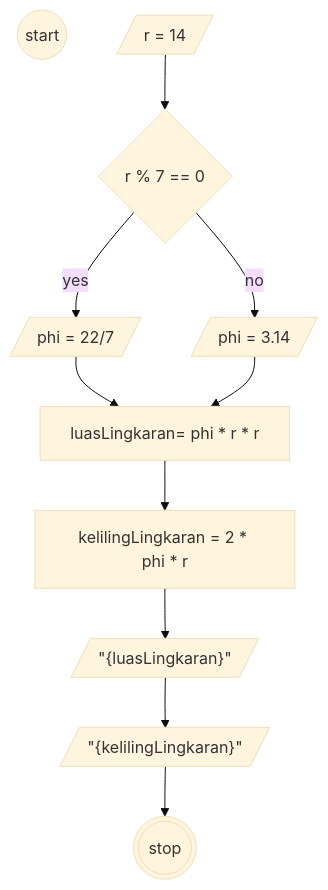
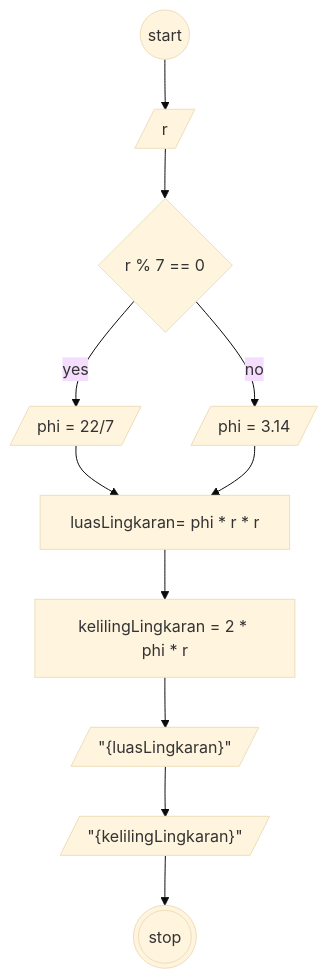
Before and after one commit to muhammadfajarr30/koda-b8-javascript1: the diagram in readme.md, drawn with Mermaid (base theme).

````diff
--- a/readme.md
+++ b/readme.md
@@ -7,24 +7,24 @@
 ```mermaid
 flowchart TD
 start@{shape: circle, label:"start" }
-a@{shape: lean-r, label: "r = 14" }
+a@{shape: lean-r, label: "r" }
 phi1@{shape: lean-r, label: "phi = 22/7" }
 c@{shape: rect, label: "luasLingkaran= phi * r * r" }
 d@{shape: rect, label: "kelilingLingkaran = 2 * phi * r"}
 e@{shape: lean-r, label: '"{luasLingkaran}"' }
 f@{shape: lean-r, label: '"{kelilingLingkaran}"' }
 stop@{shape: dbl-circ, label: "stop" }
 kondisi@{shape: diamond, label: "r % 7 == 0" }
 phi2@{shape: lean-r, label: "phi = 3.14" }
-
+start-->a
 a-->kondisi
 kondisi--yes-->phi1
 kondisi-- no -->phi2
 phi1-->c
 phi2-->c
 c-->d
 d-->e
 e-->f
 f-->stop
 
 ```
````
